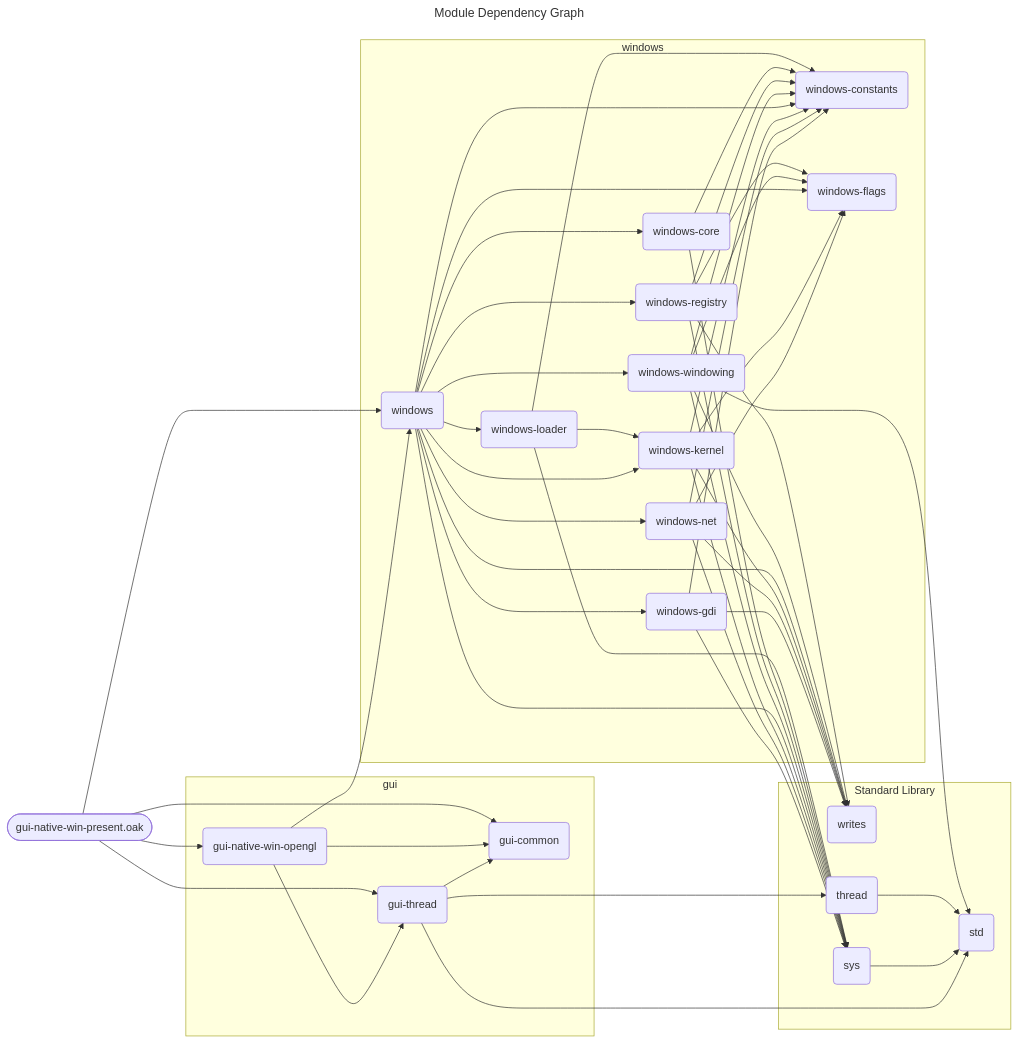
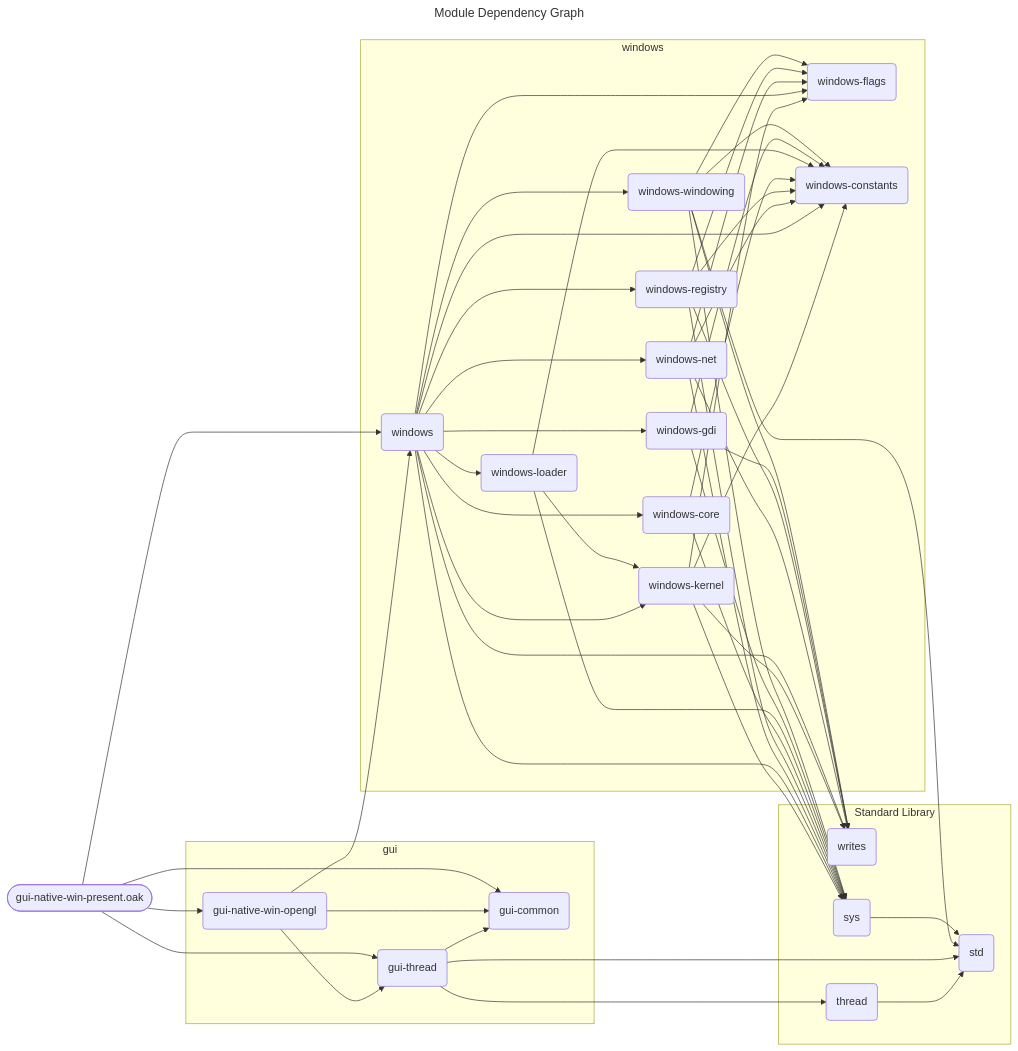
The diagram in docs/spec/gui-native-win-present.mmd (SpcFORK/magnolia), drawn with Mermaid before and after one commit. The commit also changed other lines of this file and 156 other files, not shown here.

```diff
--- a/docs/spec/gui-native-win-present.mmd
+++ b/docs/spec/gui-native-win-present.mmd
@@ -1,76 +1,76 @@
 ---
 title: Module Dependency Graph
 ---
 flowchart LR
     lib_gui_native_win_present_oak(["gui-native-win-present.oak"])
     subgraph stdlib_windows ["windows"]
+        windows_flags("windows-flags")
+        windows_windowing("windows-windowing")
+        windows_gdi("windows-gdi")
         windows_loader("windows-loader")
         windows_core("windows-core")
         windows_registry("windows-registry")
-        windows_windowing("windows-windowing")
+        windows_net("windows-net")
+        windows_constants("windows-constants")
         windows("windows")
         windows_kernel("windows-kernel")
-        windows_constants("windows-constants")
-        windows_net("windows-net")
-        windows_flags("windows-flags")
-        windows_gdi("windows-gdi")
     end
     subgraph stdlib_gui ["gui"]
+        gui_native_win_opengl("gui-native-win-opengl")
         gui_common("gui-common")
-        gui_native_win_opengl("gui-native-win-opengl")
         gui_thread("gui-thread")
     end
     subgraph stdlib_core ["Standard Library"]
         writes("writes")
+        sys("sys")
+        thread("thread")
         std("std")
-        thread("thread")
-        sys("sys")
     end
+    sys --> std
+    windows_windowing --> sys
+    windows_windowing --> writes
+    windows_windowing --> windows_constants
+    windows_windowing --> windows_flags
+    windows_windowing --> std
+    windows_gdi --> sys
+    windows_gdi --> writes
+    windows_gdi --> windows_constants
+    lib_gui_native_win_present_oak --> windows
+    lib_gui_native_win_present_oak --> gui_native_win_opengl
+    lib_gui_native_win_present_oak --> gui_common
+    lib_gui_native_win_present_oak --> gui_thread
     windows_loader --> sys
     windows_loader --> windows_constants
     windows_loader --> windows_kernel
     windows_core --> sys
     windows_core --> windows_constants
-    lib_gui_native_win_present_oak --> windows
-    lib_gui_native_win_present_oak --> gui_native_win_opengl
-    lib_gui_native_win_present_oak --> gui_common
-    lib_gui_native_win_present_oak --> gui_thread
+    gui_native_win_opengl --> windows
+    gui_native_win_opengl --> gui_common
+    gui_native_win_opengl --> gui_thread
     windows_registry --> sys
     windows_registry --> writes
     windows_registry --> windows_constants
     windows_registry --> windows_flags
-    windows_windowing --> sys
-    windows_windowing --> writes
-    windows_windowing --> windows_constants
-    windows_windowing --> windows_flags
-    windows_windowing --> std
+    windows_net --> sys
+    windows_net --> writes
+    windows_net --> windows_constants
+    windows_net --> windows_flags
+    gui_thread --> std
+    gui_thread --> thread
+    gui_thread --> gui_common
     thread --> std
-    sys --> std
     windows --> sys
     windows --> writes
     windows --> windows_constants
     windows --> windows_flags
     windows --> windows_registry
     windows --> windows_net
     windows --> windows_windowing
     windows --> windows_gdi
     windows --> windows_kernel
     windows --> windows_loader
     windows --> windows_core
     windows_kernel --> sys
     windows_kernel --> writes
     windows_kernel --> windows_constants
     windows_kernel --> windows_flags
-    windows_net --> sys
-    windows_net --> writes
-    windows_net --> windows_constants
-    windows_net --> windows_flags
-    gui_native_win_opengl --> windows
-    gui_native_win_opengl --> gui_common
-    gui_native_win_opengl --> gui_thread
-    windows_gdi --> sys
-    windows_gdi --> writes
-    windows_gdi --> windows_constants
-    gui_thread --> std
-    gui_thread --> thread
-    gui_thread --> gui_common
```
